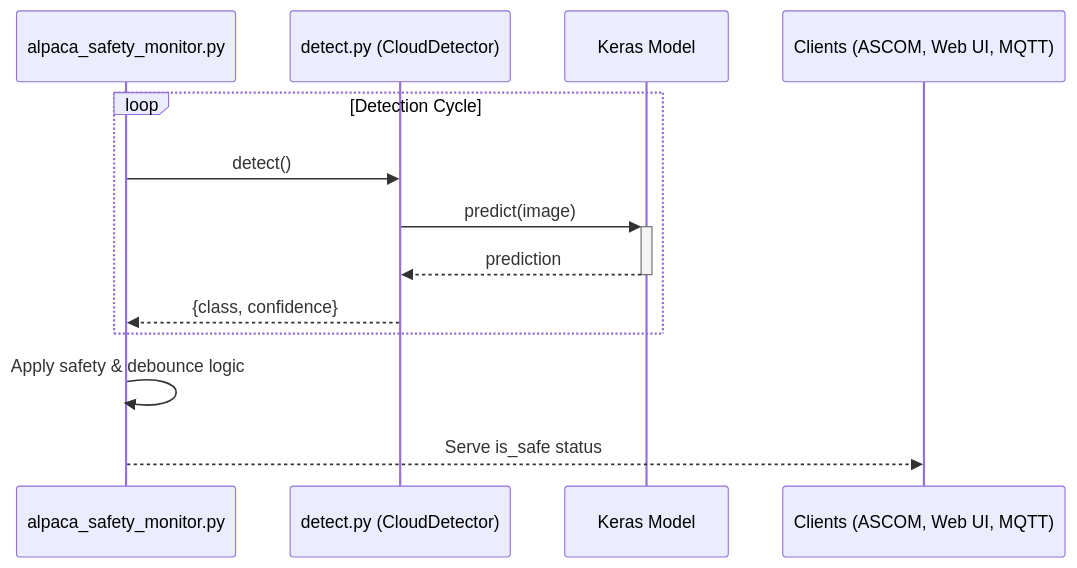
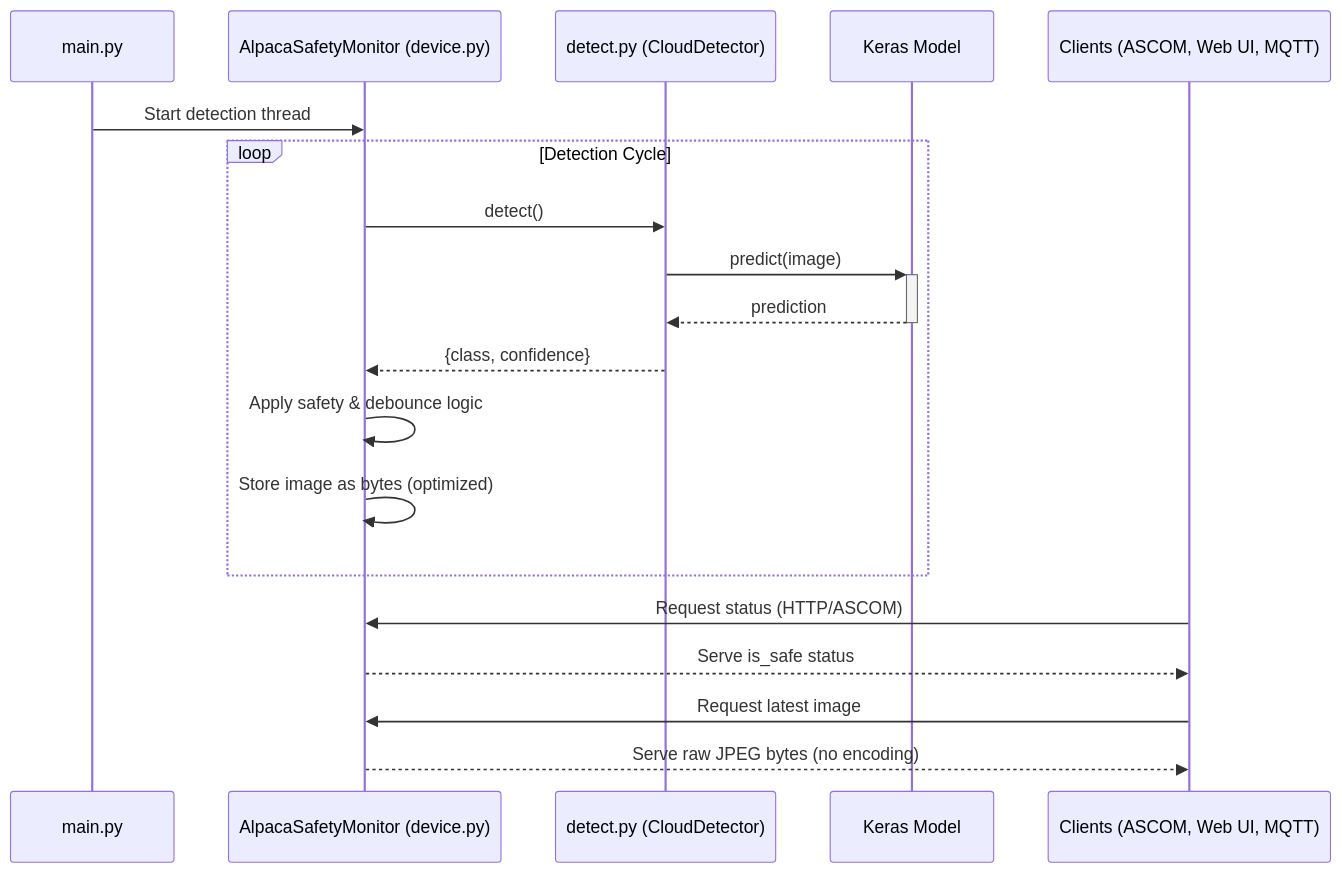
Before and after one commit to chvvkumar/simpleCloudDetect: the fourth of 4 diagrams in architecture.md, drawn with Mermaid. The commit also changed other lines of this file and 12 other files, not shown here.

````diff
--- a/architecture.md
+++ b/architecture.md
@@ -114,17 +188,25 @@
 ```mermaid
 sequenceDiagram
-    participant M as alpaca_safety_monitor.py
+    participant M as main.py
+    participant SM as AlpacaSafetyMonitor (device.py)
     participant D as detect.py (CloudDetector)
     participant K as Keras Model
     participant C as Clients (ASCOM, Web UI, MQTT)
 
+    M->>SM: Start detection thread
+    
     loop Detection Cycle
-        M->>D: detect()
+        SM->>D: detect()
         D->>+K: predict(image)
         K-->>-D: prediction
-        D-->>M: {class, confidence}
+        D-->>SM: {class, confidence}
+        SM->>SM: Apply safety & debounce logic
+        SM->>SM: Store image as bytes (optimized)
     end
 
-    M->>M: Apply safety & debounce logic
-    M-->>C: Serve is_safe status
+    C->>SM: Request status (HTTP/ASCOM)
+    SM-->>C: Serve is_safe status
+    
+    C->>SM: Request latest image
+    SM-->>C: Serve raw JPEG bytes (no encoding)
 ```
````
